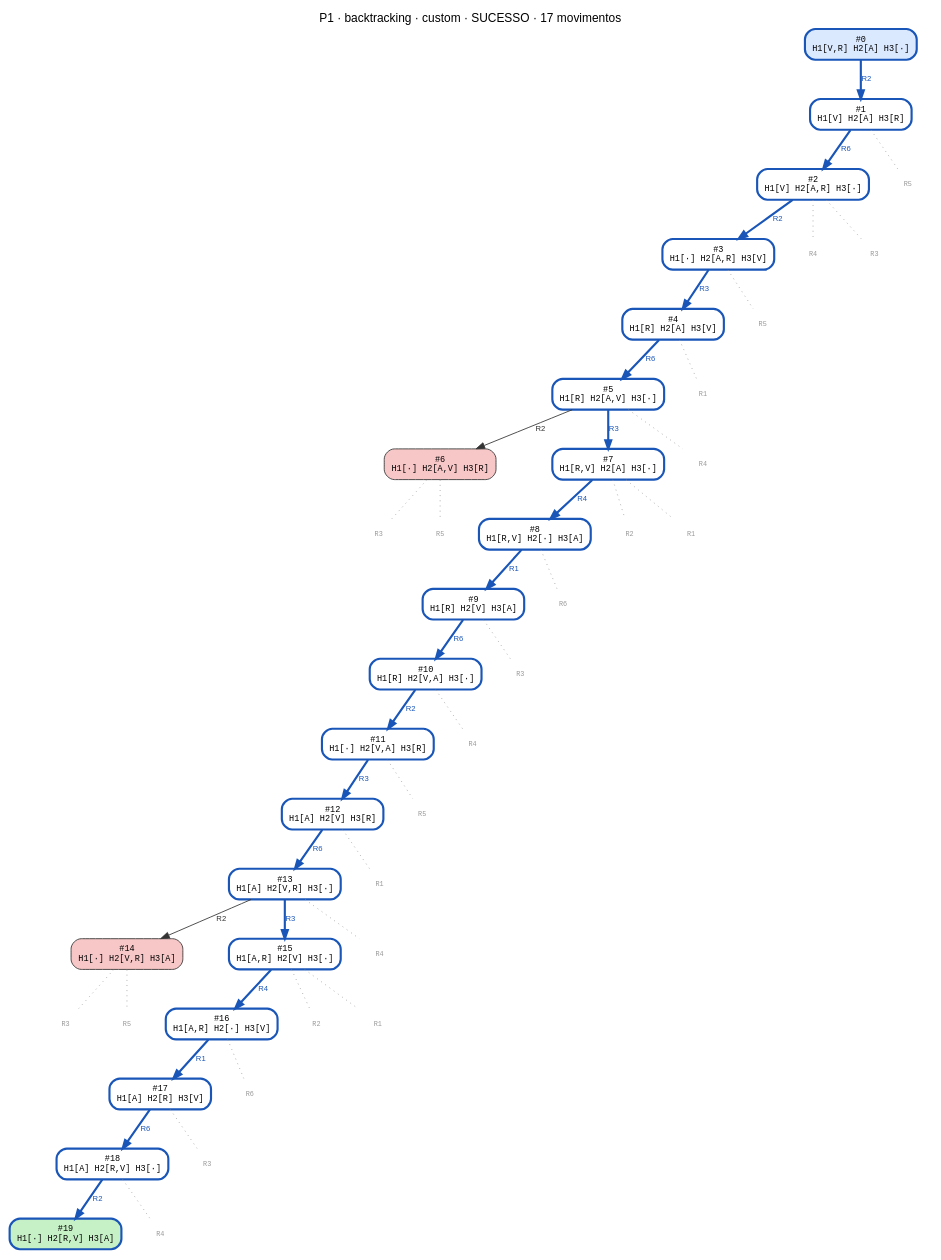
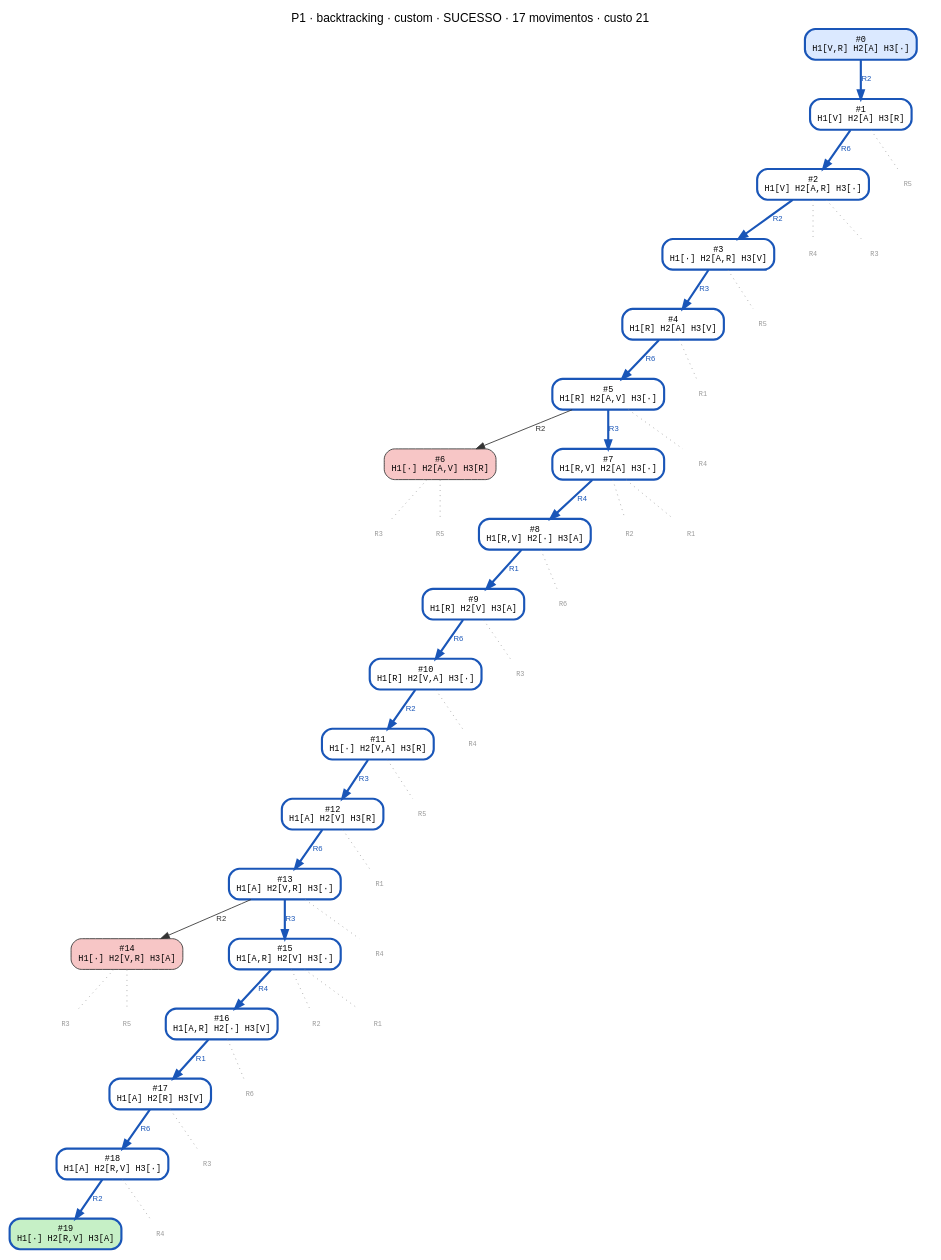
Before and after one commit to CharlesLB/dcc-014-trabalho-1: the diagram in data/P1/backtracking_custom.dot, drawn with Graphviz. The commit also changed 43 other files, not shown here.

```diff
--- a/data/P1/backtracking_custom.dot
+++ b/data/P1/backtracking_custom.dot
@@ -1,90 +1,90 @@
 digraph search {
-  label="P1 · backtracking · custom · SUCESSO · 17 movimentos"; labelloc=t; fontname="Helvetica";
+  label="P1 · backtracking · custom · SUCESSO · 17 movimentos · custo 21"; labelloc=t; fontname="Helvetica";
   node [shape=box, style="rounded,filled", fontname="monospace", fontsize=10];
   edge [fontname="Helvetica", fontsize=9];
   n0 [label="#0\nH1[V,R] H2[A] H3[·]", fillcolor="#dbe9ff", color="#1a56b8", penwidth=2.5];
   n1 [label="#1\nH1[V] H2[A] H3[R]", fillcolor="#ffffff", color="#1a56b8", penwidth=2.5];
   n0 -> n1 [label="R2", color="#1a56b8", fontcolor="#1a56b8", penwidth=2.5];
   n2 [label="#2\nH1[V] H2[A,R] H3[·]", fillcolor="#ffffff", color="#1a56b8", penwidth=2.5];
   n1 -> n2 [label="R6", color="#1a56b8", fontcolor="#1a56b8", penwidth=2.5];
   n3 [label="#3\nH1[·] H2[A,R] H3[V]", fillcolor="#ffffff", color="#1a56b8", penwidth=2.5];
   n2 -> n3 [label="R2", color="#1a56b8", fontcolor="#1a56b8", penwidth=2.5];
   n4 [label="#4\nH1[R] H2[A] H3[V]", fillcolor="#ffffff", color="#1a56b8", penwidth=2.5];
   n3 -> n4 [label="R3", color="#1a56b8", fontcolor="#1a56b8", penwidth=2.5];
   n5 [label="#5\nH1[R] H2[A,V] H3[·]", fillcolor="#ffffff", color="#1a56b8", penwidth=2.5];
   n4 -> n5 [label="R6", color="#1a56b8", fontcolor="#1a56b8", penwidth=2.5];
   n6 [label="#6\nH1[·] H2[A,V] H3[R]", fillcolor="#f7c6c6", color="#333333", penwidth=1];
   n5 -> n6 [label="R2", color="#333333", fontcolor="#333333", penwidth=1];
   n7 [label="#7\nH1[R,V] H2[A] H3[·]", fillcolor="#ffffff", color="#1a56b8", penwidth=2.5];
   n5 -> n7 [label="R3", color="#1a56b8", fontcolor="#1a56b8", penwidth=2.5];
   n8 [label="#8\nH1[R,V] H2[·] H3[A]", fillcolor="#ffffff", color="#1a56b8", penwidth=2.5];
   n7 -> n8 [label="R4", color="#1a56b8", fontcolor="#1a56b8", penwidth=2.5];
   n9 [label="#9\nH1[R] H2[V] H3[A]", fillcolor="#ffffff", color="#1a56b8", penwidth=2.5];
   n8 -> n9 [label="R1", color="#1a56b8", fontcolor="#1a56b8", penwidth=2.5];
   n10 [label="#10\nH1[R] H2[V,A] H3[·]", fillcolor="#ffffff", color="#1a56b8", penwidth=2.5];
   n9 -> n10 [label="R6", color="#1a56b8", fontcolor="#1a56b8", penwidth=2.5];
   n11 [label="#11\nH1[·] H2[V,A] H3[R]", fillcolor="#ffffff", color="#1a56b8", penwidth=2.5];
   n10 -> n11 [label="R2", color="#1a56b8", fontcolor="#1a56b8", penwidth=2.5];
   n12 [label="#12\nH1[A] H2[V] H3[R]", fillcolor="#ffffff", color="#1a56b8", penwidth=2.5];
   n11 -> n12 [label="R3", color="#1a56b8", fontcolor="#1a56b8", penwidth=2.5];
   n13 [label="#13\nH1[A] H2[V,R] H3[·]", fillcolor="#ffffff", color="#1a56b8", penwidth=2.5];
   n12 -> n13 [label="R6", color="#1a56b8", fontcolor="#1a56b8", penwidth=2.5];
   n14 [label="#14\nH1[·] H2[V,R] H3[A]", fillcolor="#f7c6c6", color="#333333", penwidth=1];
   n13 -> n14 [label="R2", color="#333333", fontcolor="#333333", penwidth=1];
   n15 [label="#15\nH1[A,R] H2[V] H3[·]", fillcolor="#ffffff", color="#1a56b8", penwidth=2.5];
   n13 -> n15 [label="R3", color="#1a56b8", fontcolor="#1a56b8", penwidth=2.5];
   n16 [label="#16\nH1[A,R] H2[·] H3[V]", fillcolor="#ffffff", color="#1a56b8", penwidth=2.5];
   n15 -> n16 [label="R4", color="#1a56b8", fontcolor="#1a56b8", penwidth=2.5];
   n17 [label="#17\nH1[A] H2[R] H3[V]", fillcolor="#ffffff", color="#1a56b8", penwidth=2.5];
   n16 -> n17 [label="R1", color="#1a56b8", fontcolor="#1a56b8", penwidth=2.5];
   n18 [label="#18\nH1[A] H2[R,V] H3[·]", fillcolor="#ffffff", color="#1a56b8", penwidth=2.5];
   n17 -> n18 [label="R6", color="#1a56b8", fontcolor="#1a56b8", penwidth=2.5];
   n19 [label="#19\nH1[·] H2[R,V] H3[A]", fillcolor="#c6f0c6", color="#1a56b8", penwidth=2.5];
   n18 -> n19 [label="R2", color="#1a56b8", fontcolor="#1a56b8", penwidth=2.5];
   p1_R5 [label="R5", shape=plaintext, style=solid, fontcolor="#999999", fontsize=8];
   n1 -> p1_R5 [style=dotted, color="#999999", arrowhead=none];
   p2_R4 [label="R4", shape=plaintext, style=solid, fontcolor="#999999", fontsize=8];
   n2 -> p2_R4 [style=dotted, color="#999999", arrowhead=none];
   p2_R3 [label="R3", shape=plaintext, style=solid, fontcolor="#999999", fontsize=8];
   n2 -> p2_R3 [style=dotted, color="#999999", arrowhead=none];
   p3_R5 [label="R5", shape=plaintext, style=solid, fontcolor="#999999", fontsize=8];
   n3 -> p3_R5 [style=dotted, color="#999999", arrowhead=none];
   p4_R1 [label="R1", shape=plaintext, style=solid, fontcolor="#999999", fontsize=8];
   n4 -> p4_R1 [style=dotted, color="#999999", arrowhead=none];
   p5_R4 [label="R4", shape=plaintext, style=solid, fontcolor="#999999", fontsize=8];
   n5 -> p5_R4 [style=dotted, color="#999999", arrowhead=none];
   p6_R3 [label="R3", shape=plaintext, style=solid, fontcolor="#999999", fontsize=8];
   n6 -> p6_R3 [style=dotted, color="#999999", arrowhead=none];
   p6_R5 [label="R5", shape=plaintext, style=solid, fontcolor="#999999", fontsize=8];
   n6 -> p6_R5 [style=dotted, color="#999999", arrowhead=none];
   p7_R2 [label="R2", shape=plaintext, style=solid, fontcolor="#999999", fontsize=8];
   n7 -> p7_R2 [style=dotted, color="#999999", arrowhead=none];
   p7_R1 [label="R1", shape=plaintext, style=solid, fontcolor="#999999", fontsize=8];
   n7 -> p7_R1 [style=dotted, color="#999999", arrowhead=none];
   p8_R6 [label="R6", shape=plaintext, style=solid, fontcolor="#999999", fontsize=8];
   n8 -> p8_R6 [style=dotted, color="#999999", arrowhead=none];
   p9_R3 [label="R3", shape=plaintext, style=solid, fontcolor="#999999", fontsize=8];
   n9 -> p9_R3 [style=dotted, color="#999999", arrowhead=none];
   p10_R4 [label="R4", shape=plaintext, style=solid, fontcolor="#999999", fontsize=8];
   n10 -> p10_R4 [style=dotted, color="#999999", arrowhead=none];
   p11_R5 [label="R5", shape=plaintext, style=solid, fontcolor="#999999", fontsize=8];
   n11 -> p11_R5 [style=dotted, color="#999999", arrowhead=none];
   p12_R1 [label="R1", shape=plaintext, style=solid, fontcolor="#999999", fontsize=8];
   n12 -> p12_R1 [style=dotted, color="#999999", arrowhead=none];
   p13_R4 [label="R4", shape=plaintext, style=solid, fontcolor="#999999", fontsize=8];
   n13 -> p13_R4 [style=dotted, color="#999999", arrowhead=none];
   p14_R3 [label="R3", shape=plaintext, style=solid, fontcolor="#999999", fontsize=8];
   n14 -> p14_R3 [style=dotted, color="#999999", arrowhead=none];
   p14_R5 [label="R5", shape=plaintext, style=solid, fontcolor="#999999", fontsize=8];
   n14 -> p14_R5 [style=dotted, color="#999999", arrowhead=none];
   p15_R2 [label="R2", shape=plaintext, style=solid, fontcolor="#999999", fontsize=8];
   n15 -> p15_R2 [style=dotted, color="#999999", arrowhead=none];
   p15_R1 [label="R1", shape=plaintext, style=solid, fontcolor="#999999", fontsize=8];
   n15 -> p15_R1 [style=dotted, color="#999999", arrowhead=none];
   p16_R6 [label="R6", shape=plaintext, style=solid, fontcolor="#999999", fontsize=8];
   n16 -> p16_R6 [style=dotted, color="#999999", arrowhead=none];
   p17_R3 [label="R3", shape=plaintext, style=solid, fontcolor="#999999", fontsize=8];
   n17 -> p17_R3 [style=dotted, color="#999999", arrowhead=none];
   p18_R4 [label="R4", shape=plaintext, style=solid, fontcolor="#999999", fontsize=8];
   n18 -> p18_R4 [style=dotted, color="#999999", arrowhead=none];
 }
```
